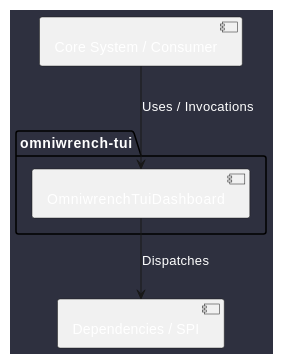
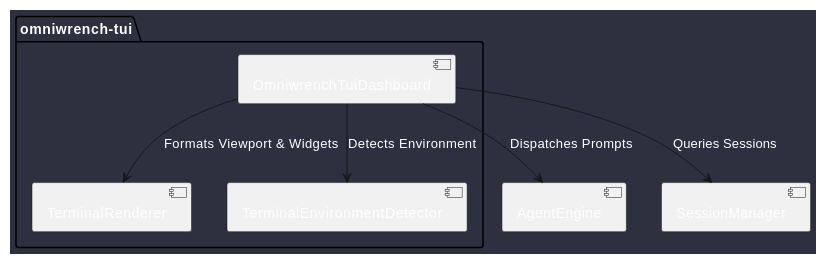
One commit to mlecabellec/omniwrench changed the diagram in doc/docs/architecture/components/OmniwrenchTuiDashboard.md. Above: the diagram before and after it, drawn with PlantUML. The commit also changed other lines of this file and 35 other files, not shown here.

````diff
--- a/doc/docs/architecture/components/OmniwrenchTuiDashboard.md
+++ b/doc/docs/architecture/components/OmniwrenchTuiDashboard.md
@@ -19,14 +19,18 @@
 ```plantuml
 @startuml
 skinparam backgroundColor #2e303f
 skinparam defaultFontColor #ffffff
 skinparam componentStyle uml2
 
 package "omniwrench-tui" {
   [OmniwrenchTuiDashboard] as COMP
+  [TerminalRenderer] as RENDER
+  [TerminalEnvironmentDetector] as DETECT
 }
 
-[Core System / Consumer] --> COMP : Uses / Invocations
-COMP --> [Dependencies / SPI] : Dispatches
+COMP --> DETECT : Detects Environment
+COMP --> RENDER : Formats Viewport & Widgets
+COMP --> [AgentEngine] : Dispatches Prompts
+COMP --> [SessionManager] : Queries Sessions
 @enduml
 ```
````
